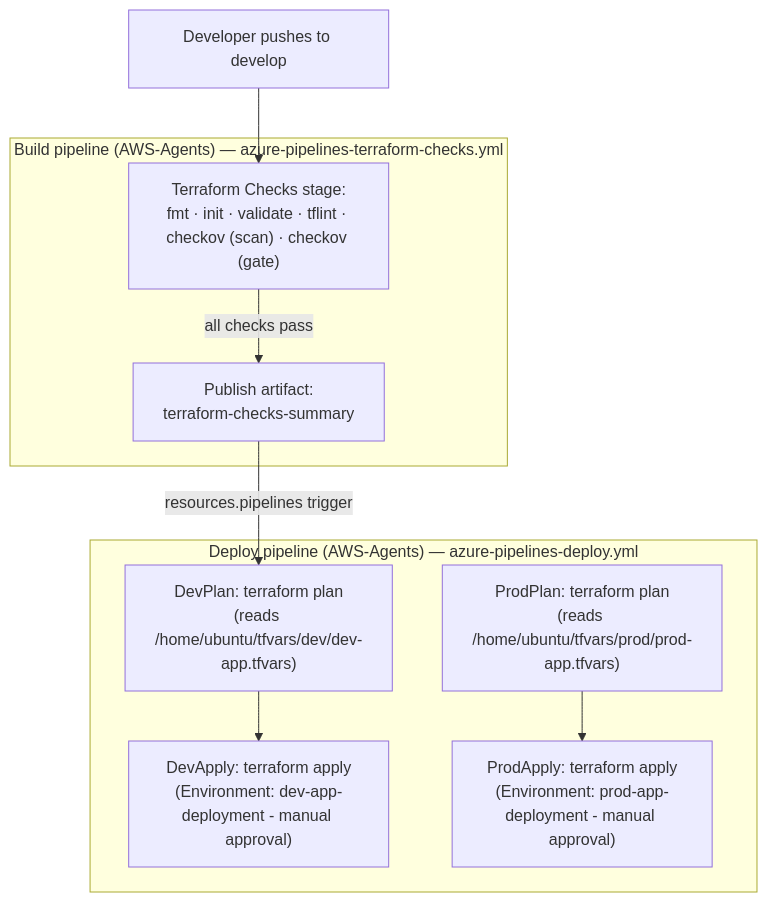
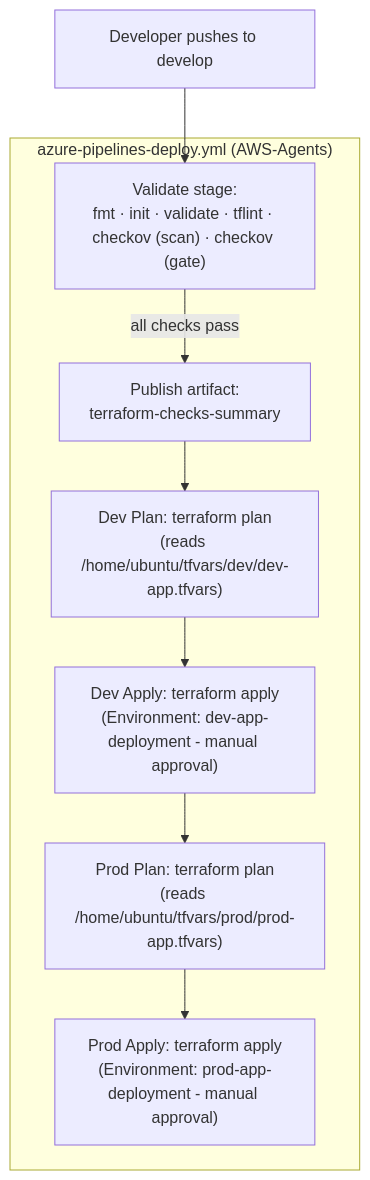
One commit to darylfragata/homelab-application changed the diagram in docs/terraform-checks.md. Above: the diagram before and after it, drawn with Mermaid. The commit also changed other lines of this file and 4 other files, not shown here.

First line of the commit message:
ci: merge terraform checks into deploy pipeline, sequence dev->prod

````diff
--- a/docs/terraform-checks.md
+++ b/docs/terraform-checks.md
@@ -187,21 +188,17 @@
 ```mermaid
 flowchart TD
     A["Developer pushes to develop"] --> B
 
-    subgraph BUILD["Build pipeline (AWS-Agents) — azure-pipelines-terraform-checks.yml"]
-        B["Terraform Checks stage:<br/>fmt · init · validate · tflint · checkov (scan) · checkov (gate)"]
+    subgraph PIPELINE["azure-pipelines-deploy.yml (AWS-Agents)"]
+        B["Validate stage:<br/>fmt · init · validate · tflint · checkov (scan) · checkov (gate)"]
         C["Publish artifact:<br/>terraform-checks-summary"]
         B -->|all checks pass| C
-    end
 
-    C -->|resources.pipelines trigger| D
+        D["Dev Plan: terraform plan<br/>(reads /home/ubuntu/tfvars/dev/dev-app.tfvars)"]
+        E["Dev Apply: terraform apply<br/>(Environment: dev-app-deployment - manual approval)"]
+        F["Prod Plan: terraform plan<br/>(reads /home/ubuntu/tfvars/prod/prod-app.tfvars)"]
+        G["Prod Apply: terraform apply<br/>(Environment: prod-app-deployment - manual approval)"]
 
-    subgraph DEPLOY["Deploy pipeline (AWS-Agents) — azure-pipelines-deploy.yml"]
-        D["DevPlan: terraform plan<br/>(reads /home/ubuntu/tfvars/dev/dev-app.tfvars)"]
-        E["DevApply: terraform apply<br/>(Environment: dev-app-deployment - manual approval)"]
-        F["ProdPlan: terraform plan<br/>(reads /home/ubuntu/tfvars/prod/prod-app.tfvars)"]
-        G["ProdApply: terraform apply<br/>(Environment: prod-app-deployment - manual approval)"]
-        D --> E
-        F --> G
+        C --> D --> E --> F --> G
     end
 ```
````
